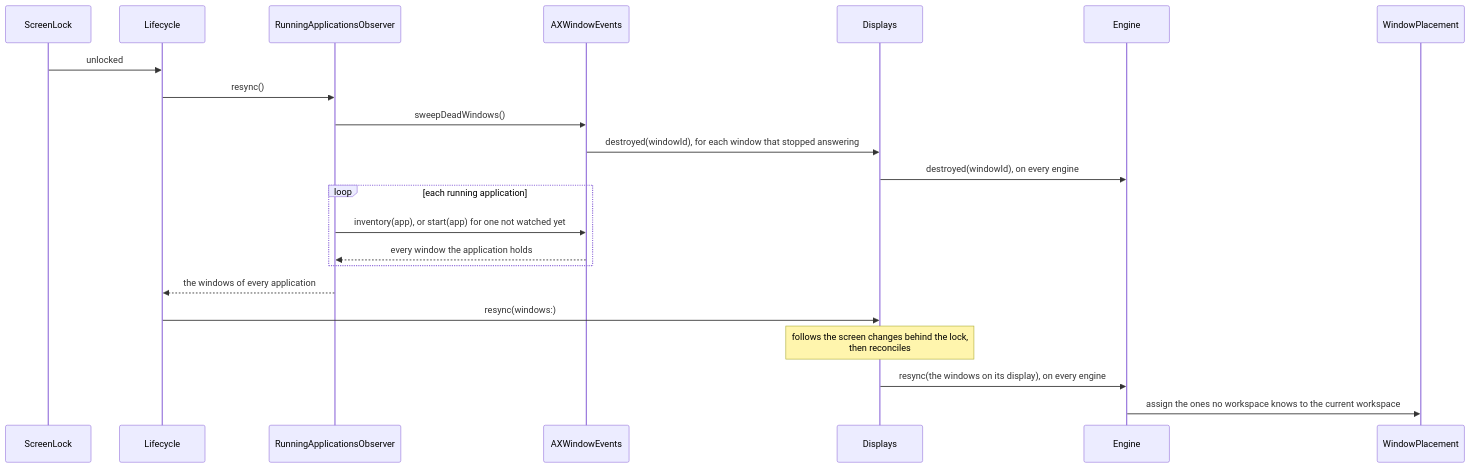
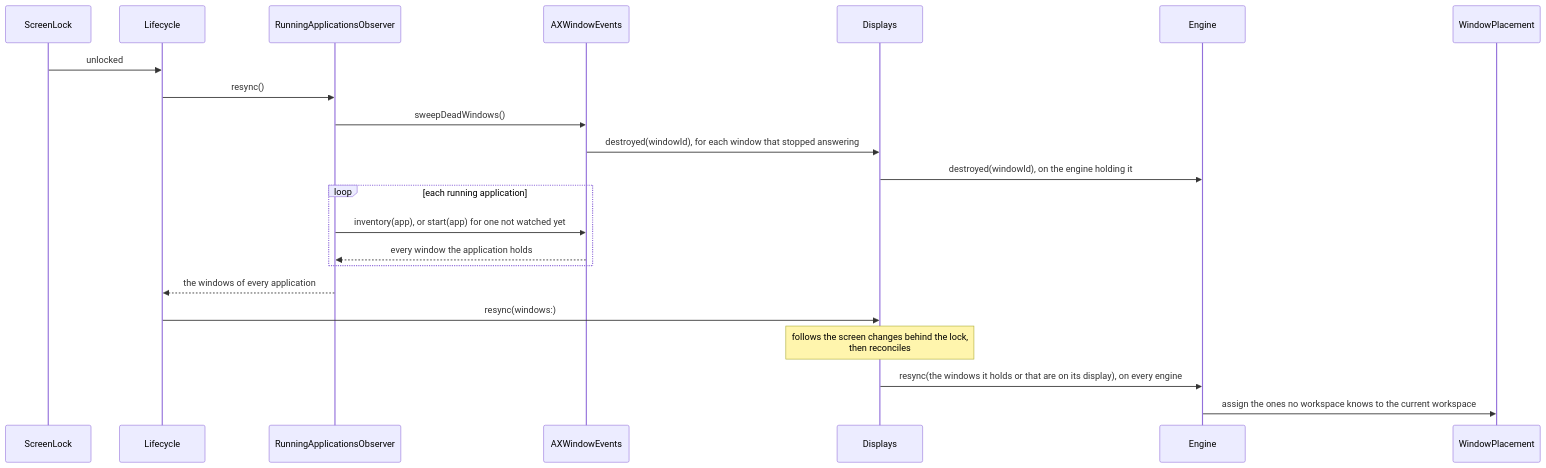
Before and after one commit to brennovich/ottowm: diagram 23 of 26 in ARCHITECTURE.md, drawn with Mermaid. The commit also changed other lines of this file and 5 other files, not shown here.

First line of the commit message:
Route window events to the engine holding the window

````diff
--- a/ARCHITECTURE.md
+++ b/ARCHITECTURE.md
@@ -582,17 +582,17 @@
 ```mermaid
 sequenceDiagram
     ScreenLock->>Lifecycle: unlocked
     Lifecycle->>RunningApplicationsObserver: resync()
     RunningApplicationsObserver->>AXWindowEvents: sweepDeadWindows()
     AXWindowEvents->>Displays: destroyed(windowId), for each window that stopped answering
-    Displays->>Engine: destroyed(windowId), on every engine
+    Displays->>Engine: destroyed(windowId), on the engine holding it
     loop each running application
         RunningApplicationsObserver->>AXWindowEvents: inventory(app), or start(app) for one not watched yet
         AXWindowEvents-->>RunningApplicationsObserver: every window the application holds
     end
     RunningApplicationsObserver-->>Lifecycle: the windows of every application
     Lifecycle->>Displays: resync(windows:)
     Note over Displays: follows the screen changes behind the lock,<br/>then reconciles
-    Displays->>Engine: resync(the windows on its display), on every engine
+    Displays->>Engine: resync(the windows it holds or that are on its display), on every engine
     Engine->>WindowPlacement: assign the ones no workspace knows to the current workspace
 ```
````
